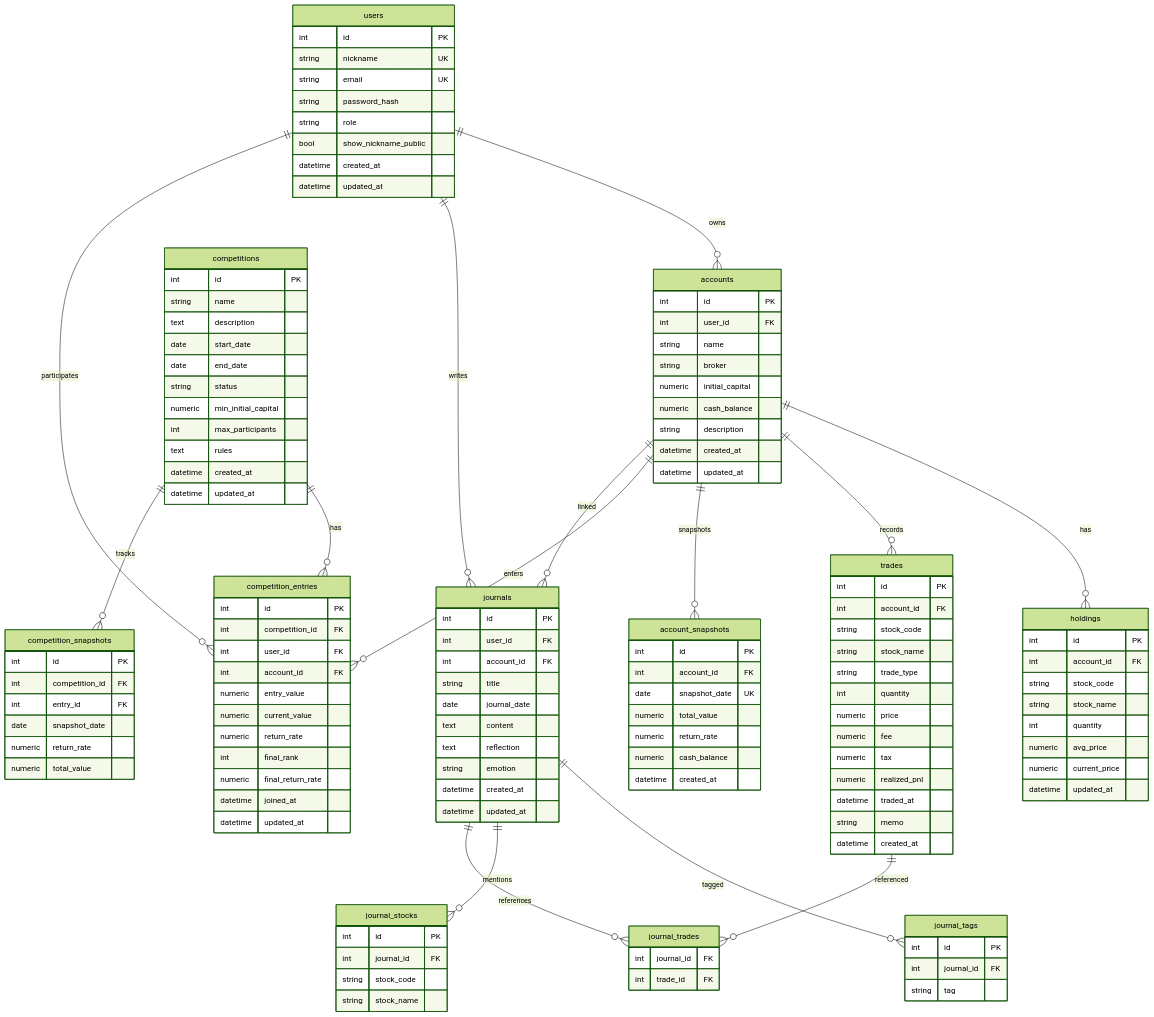
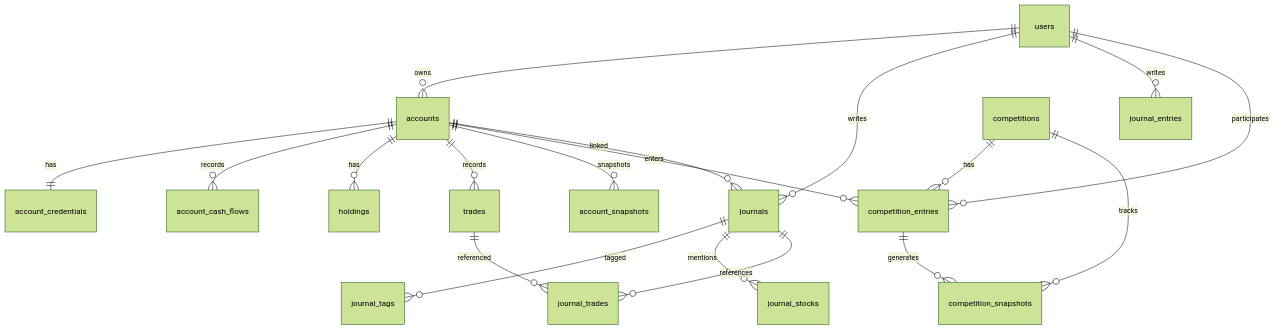
Before and after one commit to trendkking/managestock: the diagram in db.md, drawn with Mermaid (forest theme). The commit also changed other lines of this file and 4 other files, not shown here.

````diff
--- a/db.md
+++ b/db.md
@@ -26,8 +30,11 @@
 erDiagram
     users ||--o{ accounts : owns
     users ||--o{ journals : writes
+    users ||--o{ journal_entries : writes
     users ||--o{ competition_entries : participates
 
+    accounts ||--|| account_credentials : has
+    accounts ||--o{ account_cash_flows : records
     accounts ||--o{ holdings : has
     accounts ||--o{ trades : records
     accounts ||--o{ account_snapshots : snapshots
@@ -37,136 +44,10 @@
     competitions ||--o{ competition_entries : has
     competitions ||--o{ competition_snapshots : tracks
 
+    competition_entries ||--o{ competition_snapshots : generates
+
     journals ||--o{ journal_tags : tagged
     journals ||--o{ journal_stocks : mentions
     journals ||--o{ journal_trades : references
     trades ||--o{ journal_trades : referenced
-
-    users {
-        int id PK
-        string nickname UK
-        string email UK
-        string password_hash
-        string role
-        bool show_nickname_public
-        datetime created_at
-        datetime updated_at
-    }
-
-    accounts {
-        int id PK
-        int user_id FK
-        string name
-        string broker
-        numeric initial_capital
-        numeric cash_balance
-        string description
-        datetime created_at
-        datetime updated_at
-    }
-
-    holdings {
-        int id PK
-        int account_id FK
-        string stock_code
-        string stock_name
-        int quantity
-        numeric avg_price
-        numeric current_price
-        datetime updated_at
-    }
-
-    trades {
-        int id PK
-        int account_id FK
-        string stock_code
-        string stock_name
-        string trade_type
-        int quantity
-        numeric price
-        numeric fee
-        numeric tax
-        numeric realized_pnl
-        datetime traded_at
-        string memo
-        datetime created_at
-    }
-
-    account_snapshots {
-        int id PK
-        int account_id FK
-        date snapshot_date UK
-        numeric total_value
-        numeric return_rate
-        numeric cash_balance
-        datetime created_at
-    }
-
-    journals {
-        int id PK
-        int user_id FK
-        int account_id FK
-        string title
-        date journal_date
-        text content
-        text reflection
-        string emotion
-        datetime created_at
-        datetime updated_at
-    }
-
-    journal_tags {
-        int id PK
-        int journal_id FK
-        string tag
-    }
-
-    journal_stocks {
-        int id PK
-        int journal_id FK
-        string stock_code
-        string stock_name
-    }
-
-    journal_trades {
-        int journal_id FK
-        int trade_id FK
-    }
-
-    competitions {
-        int id PK
-        string name
-        text description
-        date start_date
-        date end_date
-        string status
-        numeric min_initial_capital
-        int max_participants
-        text rules
-        datetime created_at
-        datetime updated_at
-    }
-
-    competition_entries {
-        int id PK
-        int competition_id FK
-        int user_id FK
-        int account_id FK
-        numeric entry_value
-        numeric current_value
-        numeric return_rate
-        int final_rank
-        numeric final_return_rate
-        datetime joined_at
-        datetime updated_at
-    }
-
-    competition_snapshots {
-        int id PK
-        int competition_id FK
-        int entry_id FK
-        date snapshot_date
-        numeric return_rate
-        numeric total_value
-    }
 ```
````
